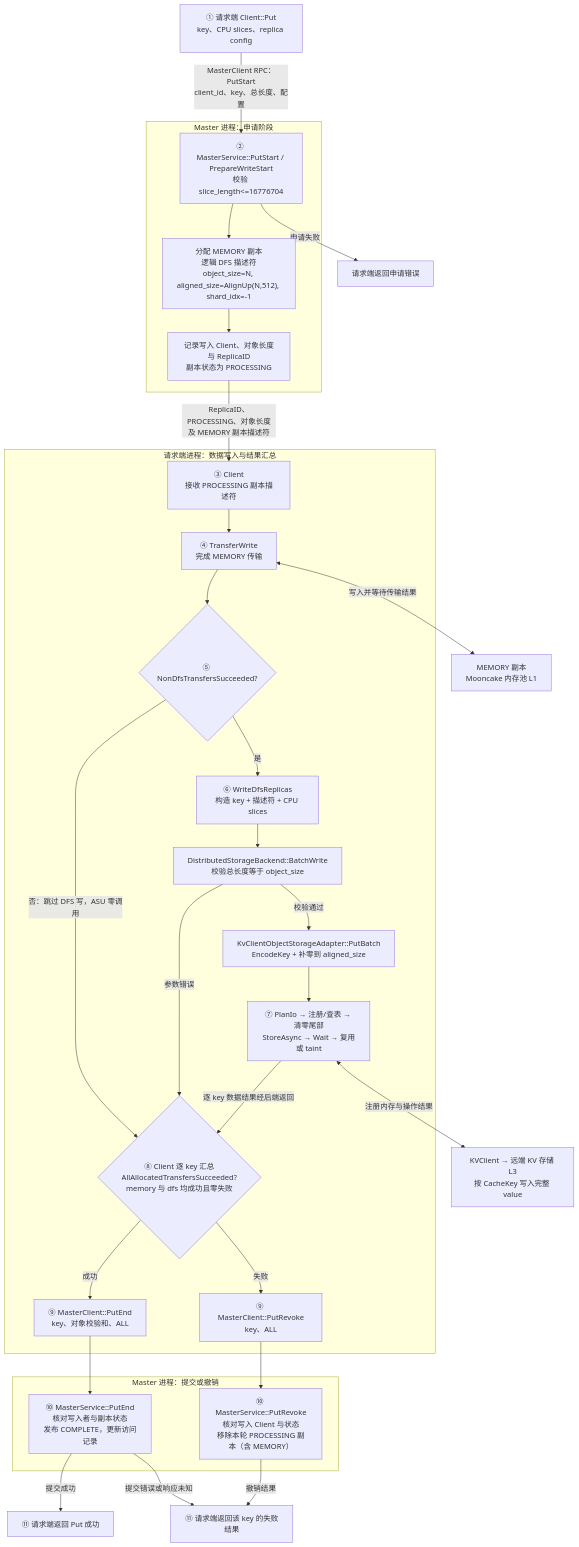
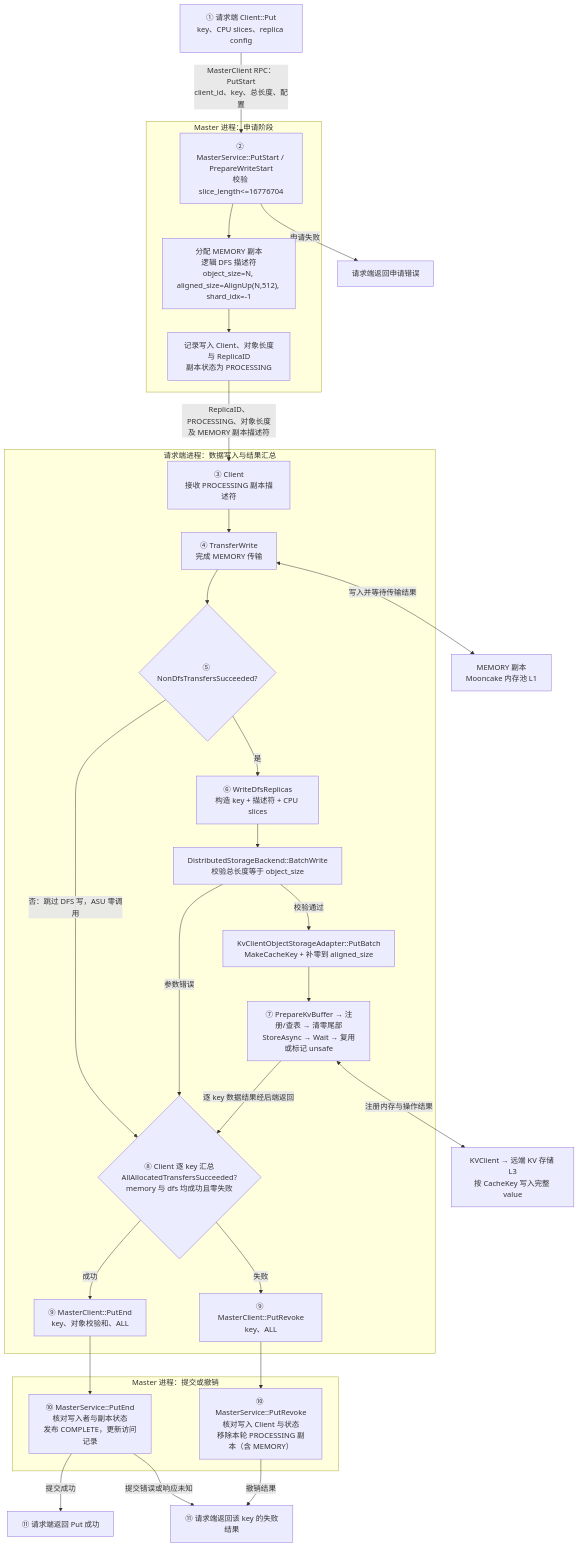
Before and after one commit to zwj20000328-dotcom/Mooncake-documents: the fourth of 13 diagrams in Mooncake + KVClient L3 接入（Kvcs）- v3.md, drawn with Mermaid. The commit also changed other lines of this file, not shown here.

First line of the commit message:
docs: align adapter naming with ASUStore vocabulary

````diff
--- a/Mooncake + KVClient L3 接入（Kvcs）- v3.md
+++ b/Mooncake + KVClient L3 接入（Kvcs）- v3.md
@@ -322,60 +322,60 @@
 ```mermaid
 flowchart TB
     C1["① 请求端 Client::Put<br/>key、CPU slices、replica config"]
 
     subgraph MasterStart["Master 进程：申请阶段"]
         START["② MasterService::PutStart / PrepareWriteStart<br/>校验 slice_length<=16776704"]
         ALLOC["分配 MEMORY 副本<br/>逻辑 DFS 描述符<br/>object_size=N, aligned_size=AlignUp(N,512), shard_idx=-1"]
         META["记录写入 Client、对象长度与 ReplicaID<br/>副本状态为 PROCESSING"]
 
         START --> ALLOC
         ALLOC --> META
     end
 
     subgraph Request["请求端进程：数据写入与结果汇总"]
         C2["③ Client<br/>接收 PROCESSING 副本描述符"]
         T["④ TransferWrite<br/>完成 MEMORY 传输"]
         GATE{"⑤ NonDfsTransfersSucceeded?"}
         W["⑥ WriteDfsReplicas<br/>构造 key + 描述符 + CPU slices"]
         B["DistributedStorageBackend::BatchWrite<br/>校验总长度等于 object_size"]
-        O["KvClientObjectStorageAdapter::PutBatch<br/>EncodeKey + 补零到 aligned_size"]
-        D["⑦ PlanIo → 注册/查表 → 清零尾部<br/>StoreAsync → Wait → 复用或 taint"]
+        O["KvClientObjectStorageAdapter::PutBatch<br/>MakeCacheKey + 补零到 aligned_size"]
+        D["⑦ PrepareKvBuffer → 注册/查表 → 清零尾部<br/>StoreAsync → Wait → 复用或标记 unsafe"]
         J{"⑧ Client 逐 key 汇总<br/>AllAllocatedTransfersSucceeded?<br/>memory 与 dfs 均成功且零失败"}
         END["⑨ MasterClient::PutEnd<br/>key、对象校验和、ALL"]
         REVOKE["⑨ MasterClient::PutRevoke<br/>key、ALL"]
 
         C2 --> T
         T --> GATE
         GATE -->|"是"| W
         GATE -->|"否：跳过 DFS 写，ASU 零调用"| J
         W --> B
         B -->|"校验通过"| O
         B -->|"参数错误"| J
         O --> D
         D -->|"逐 key 数据结果经后端返回"| J
         J -->|"成功"| END
         J -->|"失败"| REVOKE
     end
 
     subgraph MasterFinish["Master 进程：提交或撤销"]
         COMMIT["⑩ MasterService::PutEnd<br/>核对写入者与副本状态<br/>发布 COMPLETE，更新访问记录"]
         ABORT["⑩ MasterService::PutRevoke<br/>核对写入 Client 与状态<br/>移除本轮 PROCESSING 副本（含 MEMORY）"]
     end
 
     OK["⑪ 请求端返回 Put 成功"]
     FAIL["⑪ 请求端返回该 key 的失败结果"]
     REJECT["请求端返回申请错误"]
     RAM["MEMORY 副本<br/>Mooncake 内存池 L1"]
     S["KVClient → 远端 KV 存储 L3<br/>按 CacheKey 写入完整 value"]
 
     C1 -->|"MasterClient RPC：PutStart<br/>client_id、key、总长度、配置"| START
     START -->|"申请失败"| REJECT
     META -->|"ReplicaID、PROCESSING、对象长度<br/>及 MEMORY 副本描述符"| C2
     T <-->|"写入并等待传输结果"| RAM
     D <-->|"注册内存与操作结果"| S
     END --> COMMIT
     COMMIT -->|"提交成功"| OK
     COMMIT -->|"提交错误或响应未知"| FAIL
     REVOKE --> ABORT
     ABORT -->|"撤销结果"| FAIL
 ```
````
